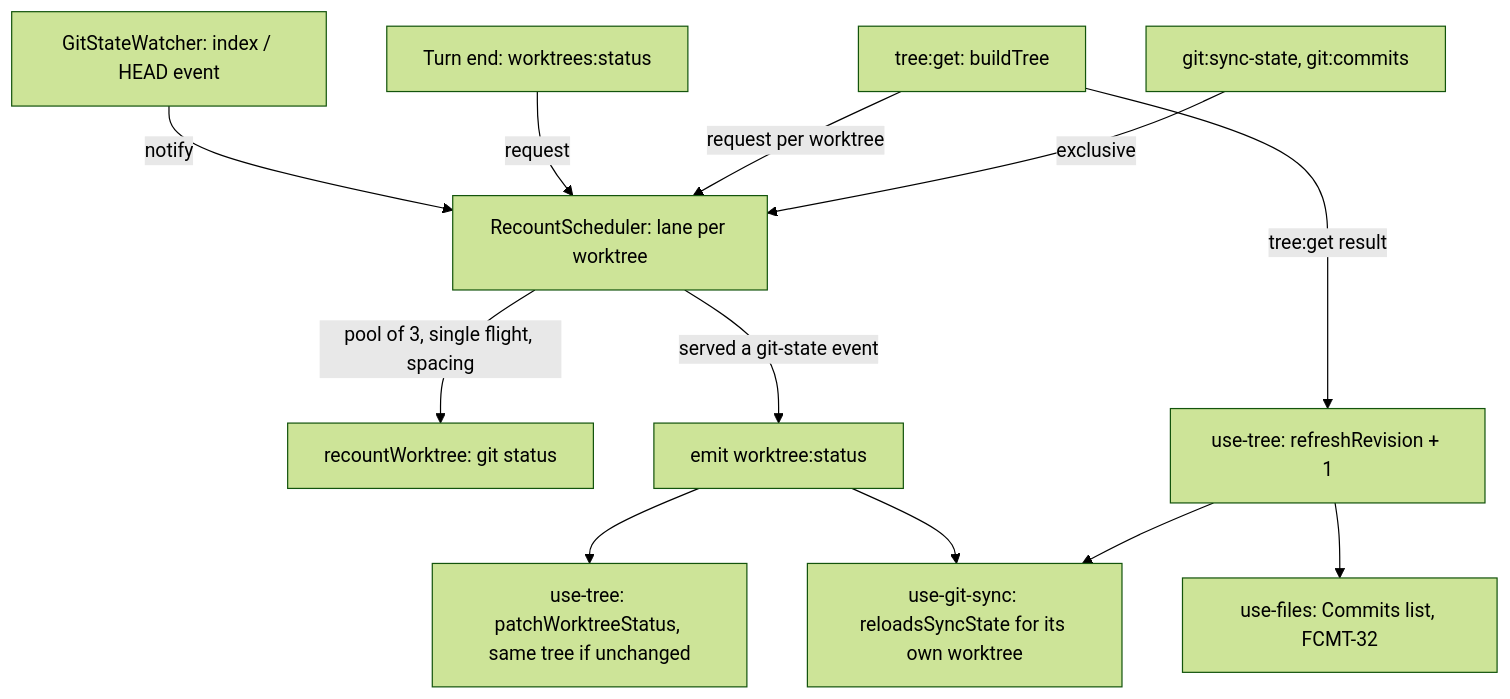
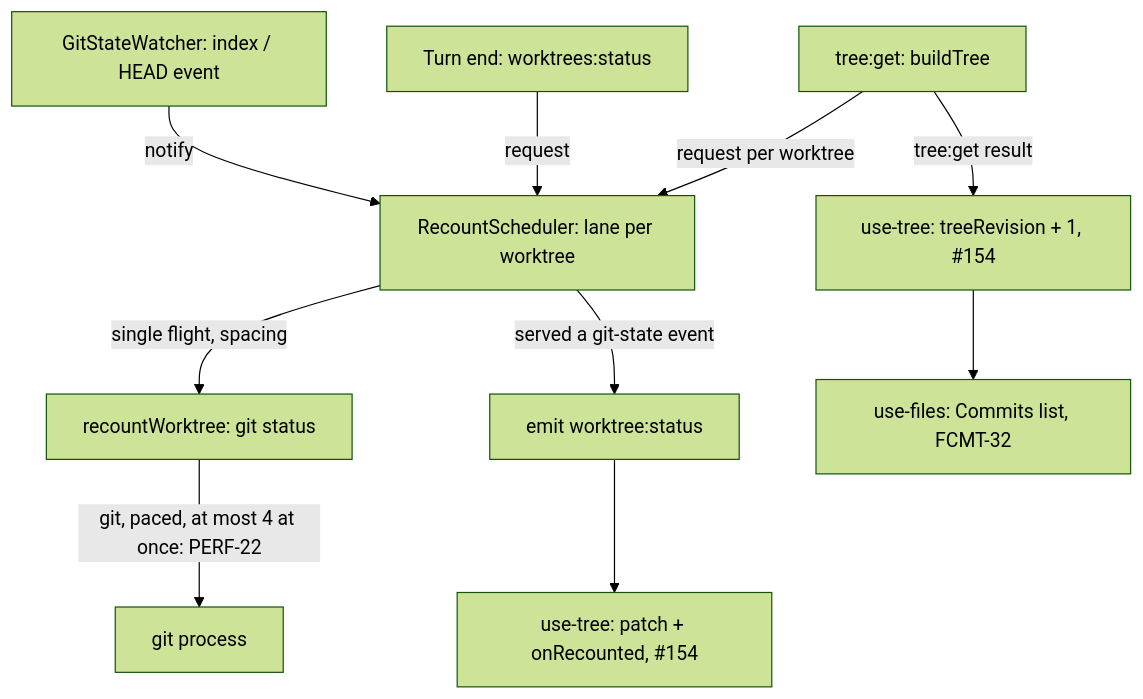
Before and after one commit to obogoni/playground: the diagram in .specs/features/git-recount-coalesce/design.md, drawn with Mermaid (forest theme). The commit also changed other lines of this file and 2 other files, not shown here.

First line of the commit message:
docs(specs): reconcile the recount plan and record its baseline (#149)

````diff
--- a/.specs/features/git-recount-coalesce/design.md
+++ b/.specs/features/git-recount-coalesce/design.md
@@ -24,14 +30,12 @@
 ```mermaid
 graph TD
     W[GitStateWatcher: index / HEAD event] -->|notify| S[RecountScheduler: lane per worktree]
     TE[Turn end: worktrees:status] -->|request| S
     TB[tree:get: buildTree] -->|request per worktree| S
-    SB[git:sync-state, git:commits] -->|exclusive| S
-    S -->|pool of 3, single flight, spacing| R[recountWorktree: git status]
+    S -->|single flight, spacing| R[recountWorktree: git status]
+    R -->|git, paced, at most 4 at once: PERF-22| G[git process]
     S -->|served a git-state event| E[emit worktree:status]
-    E --> UT[use-tree: patchWorktreeStatus, same tree if unchanged]
-    E --> GS[use-git-sync: reloadsSyncState for its own worktree]
-    TB -->|tree:get result| RR[use-tree: refreshRevision + 1]
-    RR --> GS
+    E --> UT[use-tree: patch + onRecounted, #154]
+    TB -->|tree:get result| RR[use-tree: treeRevision + 1, #154]
     RR --> UF[use-files: Commits list, FCMT-32]
 ```
````
